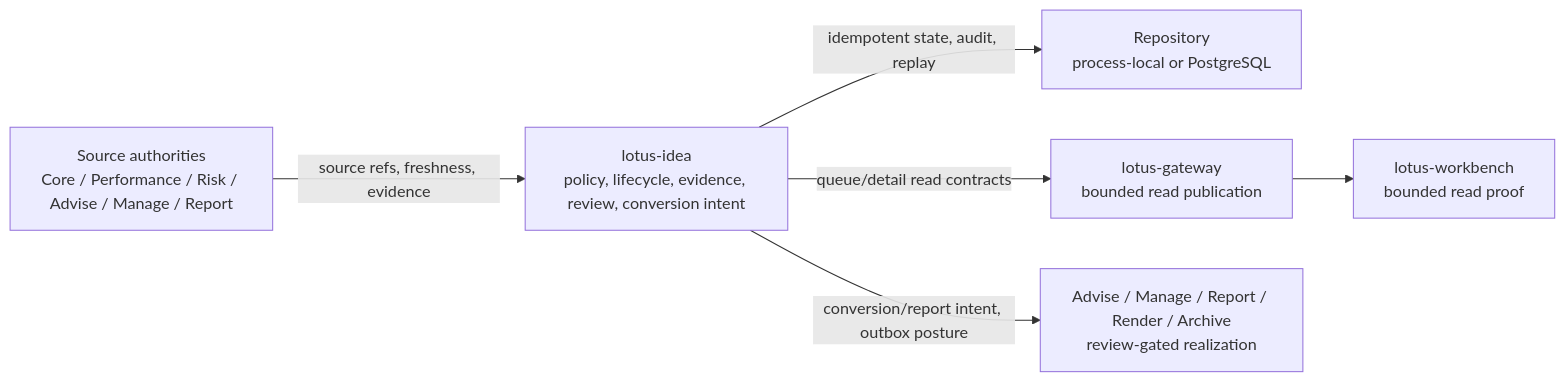
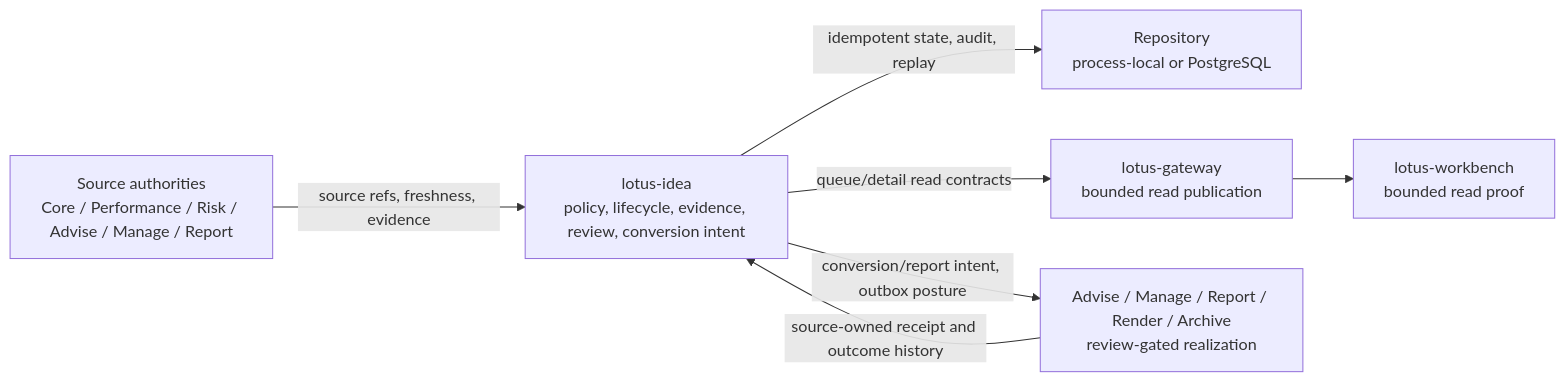
The first of 2 diagrams in README.md (sgajbi/lotus-idea), drawn with Mermaid before and after one commit. The commit also changed other lines of this file and 5 other files, not shown here.

````diff
--- a/README.md
+++ b/README.md
@@ -58,15 +58,16 @@
 ```mermaid
 flowchart LR
     Sources["Source authorities<br/>Core / Performance / Risk / Advise / Manage / Report"]
     Idea["lotus-idea<br/>policy, lifecycle, evidence, review, conversion intent"]
     Store["Repository<br/>process-local or PostgreSQL"]
     Gateway["lotus-gateway<br/>bounded read publication"]
     Workbench["lotus-workbench<br/>bounded read proof"]
     Downstream["Advise / Manage / Report / Render / Archive<br/>review-gated realization"]
 
     Sources -->|"source refs, freshness, evidence"| Idea
     Idea -->|"idempotent state, audit, replay"| Store
     Idea -->|"queue/detail read contracts"| Gateway
     Gateway --> Workbench
     Idea -->|"conversion/report intent, outbox posture"| Downstream
+    Downstream -->|"source-owned receipt and outcome history"| Idea
 ```
````
